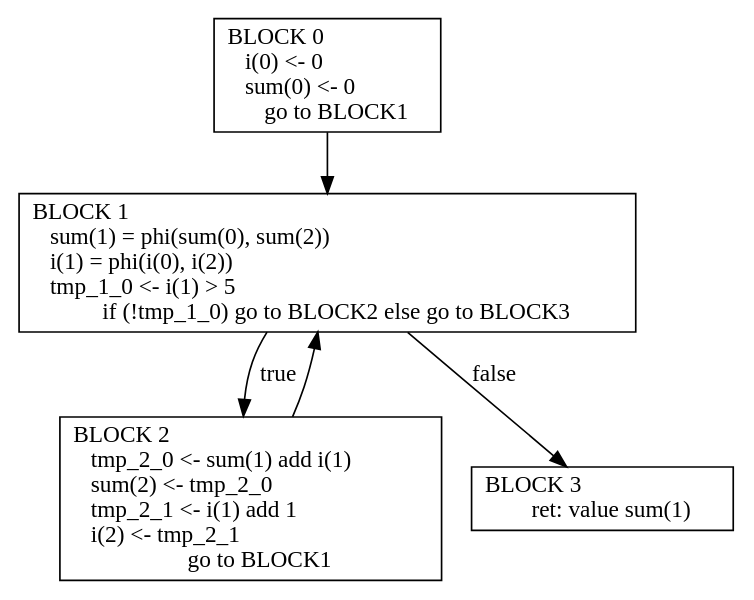
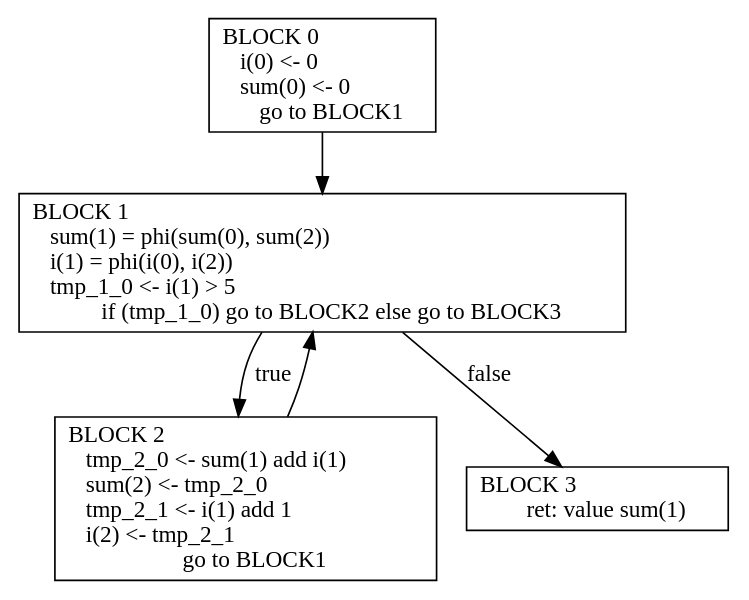
One commit to ark2016/generation-of-optimal-code changed the diagram in lab4/results/example2_ssa.dot. Above: the diagram before and after it, drawn with Graphviz. The commit also changed 22 other files, not shown here.

```diff
--- a/lab4/results/example2_ssa.dot
+++ b/lab4/results/example2_ssa.dot
@@ -1,11 +1,11 @@
 digraph G{
 node [shape=box nojustify=false]
 0 [label="BLOCK 0\l    i(0) <- 0\l    sum(0) <- 0\l    go to BLOCK1"]
 0 -> 1
-1 [label="BLOCK 1\l    sum(1) = phi(sum(0), sum(2))\l    i(1) = phi(i(0), i(2))\l    tmp_1_0 <- i(1) > 5\l    if (!tmp_1_0) go to BLOCK2 else go to BLOCK3"]
+1 [label="BLOCK 1\l    sum(1) = phi(sum(0), sum(2))\l    i(1) = phi(i(0), i(2))\l    tmp_1_0 <- i(1) > 5\l    if (tmp_1_0) go to BLOCK2 else go to BLOCK3"]
 1 -> 2 [label=true]
 1 -> 3 [label=false]
 2 [label="BLOCK 2\l    tmp_2_0 <- sum(1) add i(1)\l    sum(2) <- tmp_2_0\l    tmp_2_1 <- i(1) add 1\l    i(2) <- tmp_2_1\l    go to BLOCK1"]
 2 -> 1
 3 [label="BLOCK 3\l    ret: value sum(1)"]
 }
```
